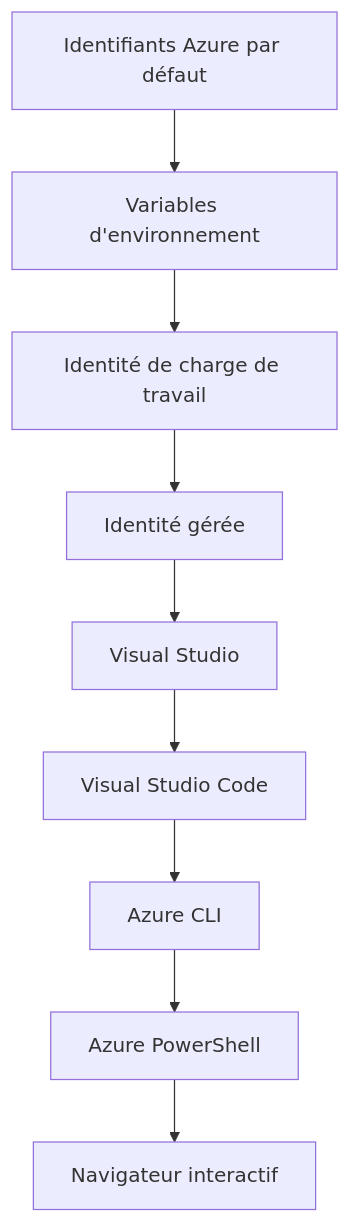
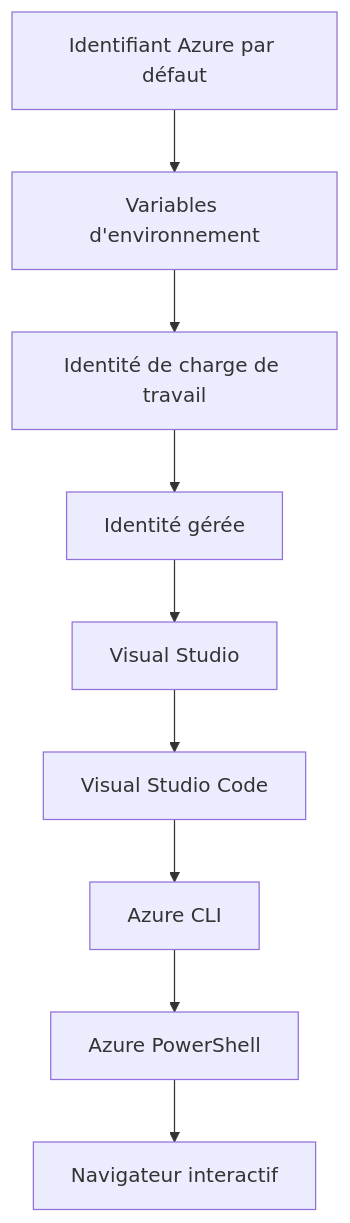
The second of 2 diagrams in translations/fr/docs/chapter-01-foundation/azd-basics.md (microsoft/AZD-for-beginners), drawn with Mermaid before and after one commit. The commit also changed other lines of this file and 101 other files, not shown here.

````diff
--- a/translations/fr/docs/chapter-01-foundation/azd-basics.md
+++ b/translations/fr/docs/chapter-01-foundation/azd-basics.md
@@ -558,11 +593,11 @@
 ```mermaid
 graph TD
-    A[Identifiants Azure par défaut] --> B[Variables d'environnement]
+    A[Identifiant Azure par défaut] --> B[Variables d'environnement]
     B --> C[Identité de charge de travail]
     C --> D[Identité gérée]
     D --> E[Visual Studio]
     E --> F[Visual Studio Code]
     F --> G[Azure CLI]
     G --> H[Azure PowerShell]
     H --> I[Navigateur interactif]
 ```
````
